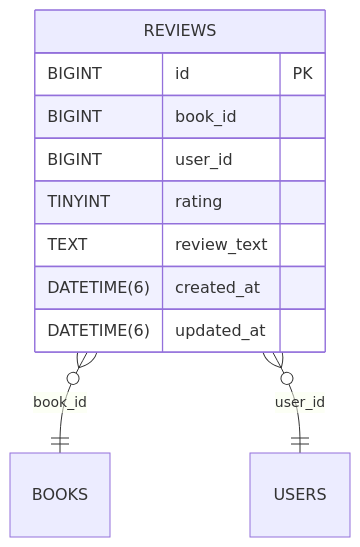
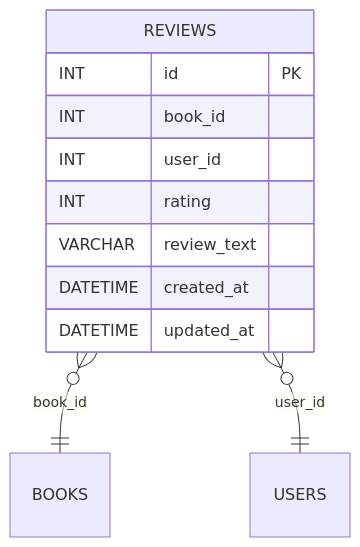
Before and after one commit to blackcatdatabase/table-reviews: the diagram in README.md, drawn with Mermaid. The commit also changed other lines of this file, not shown here.

Commit message:
chore(schema): add/update generated schema + README (umbrella sync)

````diff
--- a/README.md
+++ b/README.md
@@ -52,14 +52,14 @@
 ```mermaid
 erDiagram
   REVIEWS {
-    BIGINT id PK
-    BIGINT book_id
-    BIGINT user_id
-    TINYINT rating
-    TEXT review_text
-    DATETIME(6) created_at
-    DATETIME(6) updated_at
+    INT id PK
+    INT book_id
+    INT user_id
+    INT rating
+    VARCHAR review_text
+    DATETIME created_at
+    DATETIME updated_at
   }
   REVIEWS }o--|| BOOKS : "book_id"
   REVIEWS }o--|| USERS : "user_id"
 ```
````
